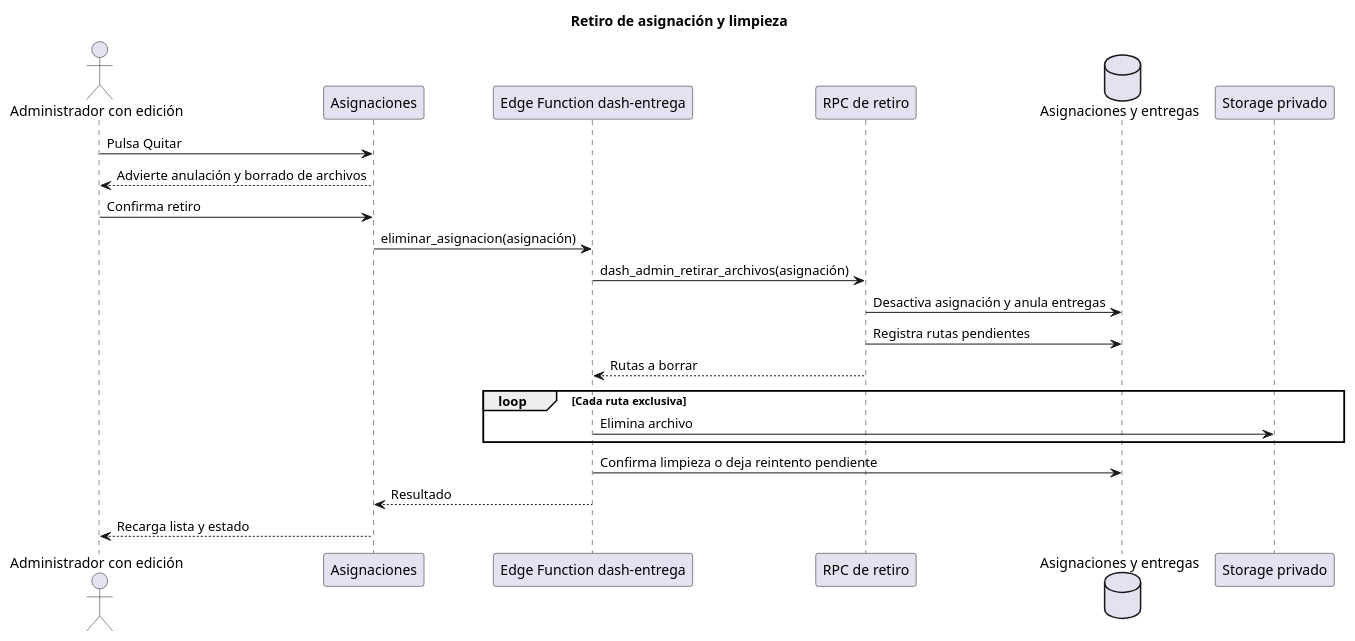
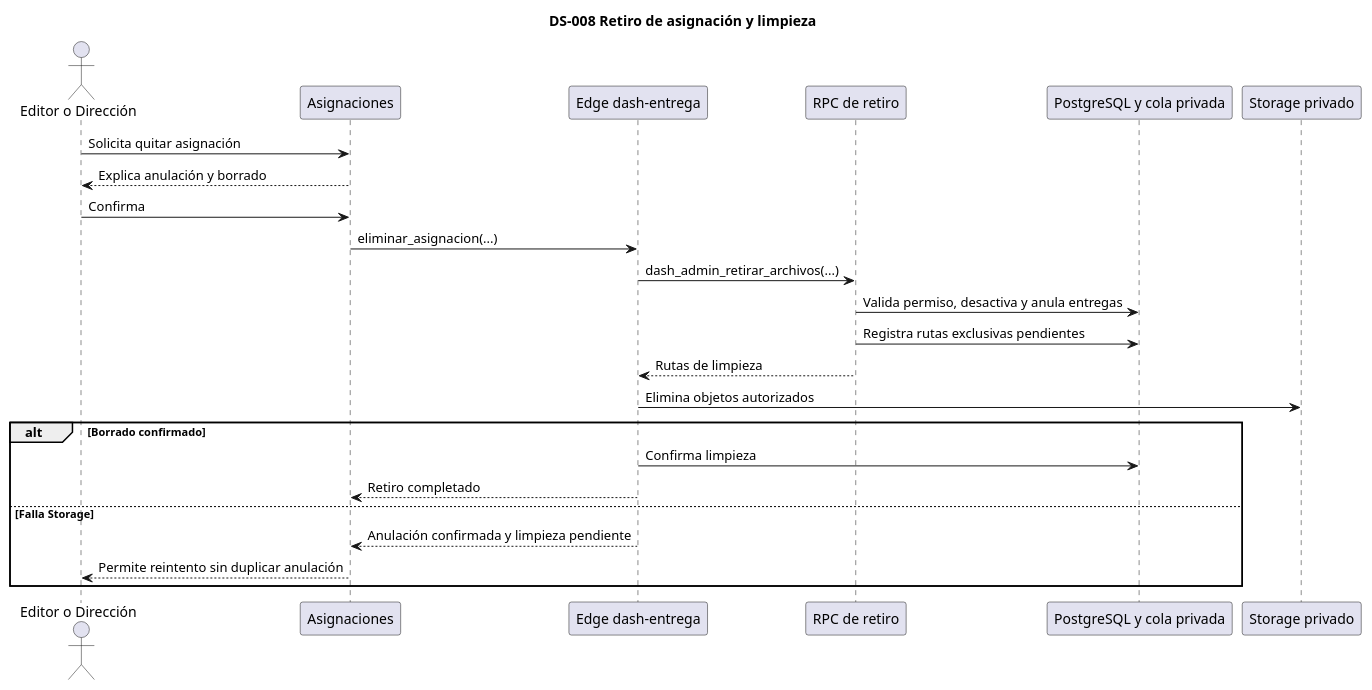
Before and after one commit to kjabienestar-ux/KJA: the eighth of 22 diagrams in docs/21-diagramas-secuencia-administracion-plantuml.md, drawn with PlantUML. The commit also changed other lines of this file and 4 other files, not shown here.

````diff
--- a/docs/21-diagramas-secuencia-administracion-plantuml.md
+++ b/docs/21-diagramas-secuencia-administracion-plantuml.md
@@ -255,26 +262,27 @@
 ```plantuml
 @startuml
-title Retiro de asignación y limpieza
-actor "Administrador con edición" as Admin
-participant Asignaciones as Web
-participant "Edge Function dash-entrega" as Edge
-participant "RPC de retiro" as RPC
-database "Asignaciones y entregas" as DB
-participant "Storage privado" as Storage
-
-Admin -> Web: Pulsa Quitar
-Web --> Admin: Advierte anulación y borrado de archivos
-Admin -> Web: Confirma retiro
-Web -> Edge: eliminar_asignacion(asignación)
-Edge -> RPC: dash_admin_retirar_archivos(asignación)
-RPC -> DB: Desactiva asignación y anula entregas
-RPC -> DB: Registra rutas pendientes
-RPC --> Edge: Rutas a borrar
-loop Cada ruta exclusiva
-  Edge -> Storage: Elimina archivo
+title DS-008 Retiro de asignación y limpieza
+actor "Editor o Dirección" as U
+participant "Asignaciones" as W
+participant "Edge dash-entrega" as E
+participant "RPC de retiro" as R
+participant "PostgreSQL y cola privada" as B
+participant "Storage privado" as S
+U -> W: Solicita quitar asignación
+W --> U: Explica anulación y borrado
+U -> W: Confirma
+W -> E: eliminar_asignacion(...)
+E -> R: dash_admin_retirar_archivos(...)
+R -> B: Valida permiso, desactiva y anula entregas
+R -> B: Registra rutas exclusivas pendientes
+R --> E: Rutas de limpieza
+E -> S: Elimina objetos autorizados
+alt Borrado confirmado
+E -> B: Confirma limpieza
+E --> W: Retiro completado
+else Falla Storage
+E --> W: Anulación confirmada y limpieza pendiente
+W --> U: Permite reintento sin duplicar anulación
 end
-Edge -> DB: Confirma limpieza o deja reintento pendiente
-Edge --> Web: Resultado
-Web --> Admin: Recarga lista y estado
 @enduml
 ```
````
